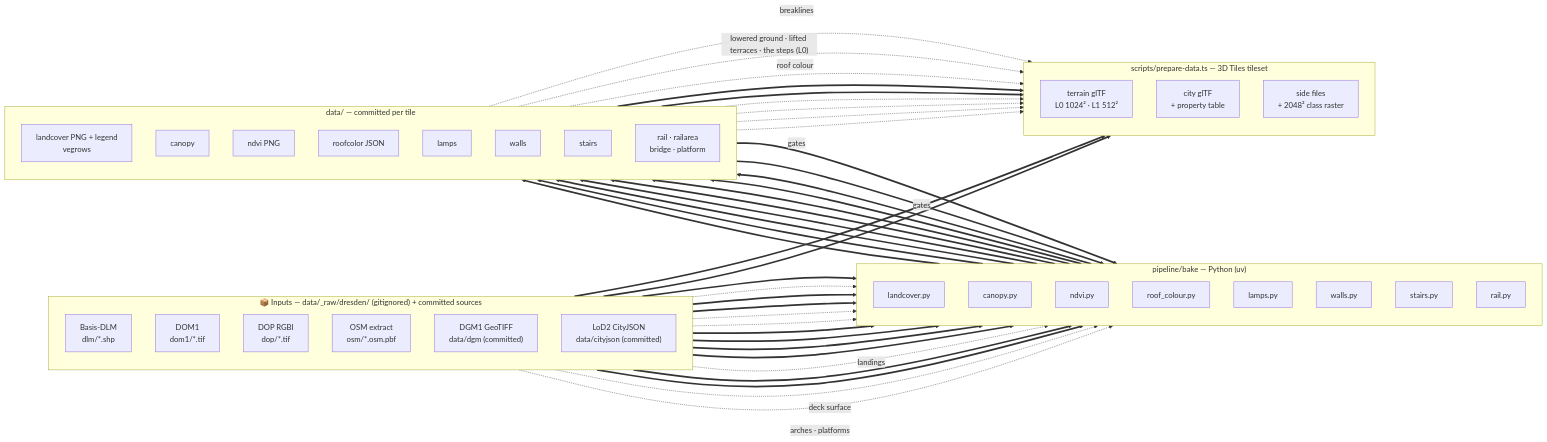
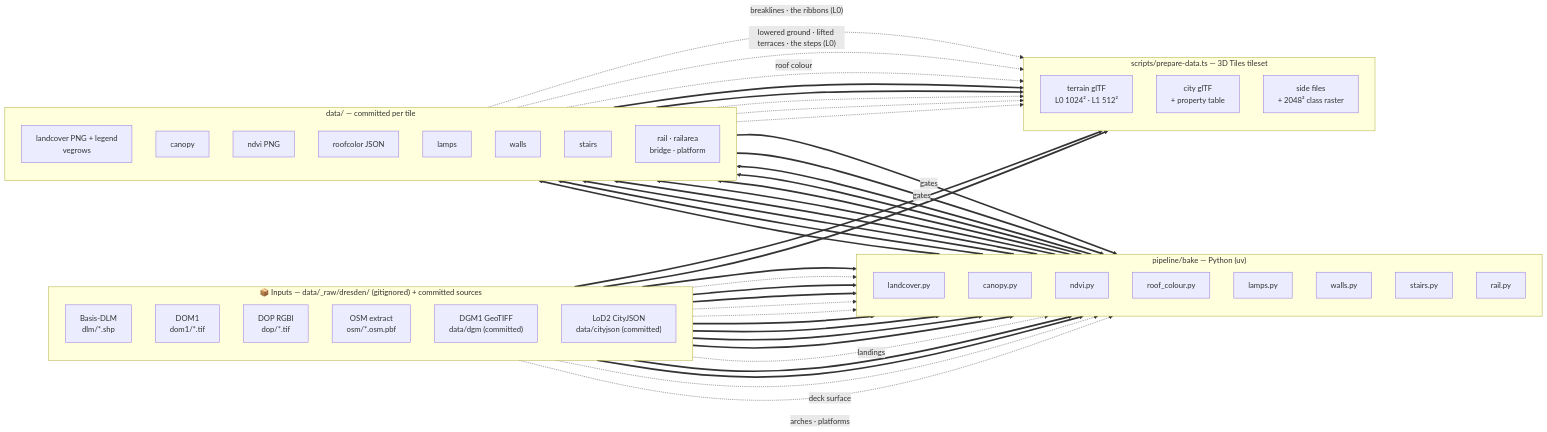
Before and after one commit to mdugue/bridge: the second of 2 diagrams in docs/data-flow.md, drawn with Mermaid. The commit also changed other lines of this file and 28 other files, not shown here.

First line of the commit message:
refactor(walls): bake the wall ribbons into the fine terrain glTF

````diff
--- a/docs/data-flow.md
+++ b/docs/data-flow.md
@@ -153,76 +153,75 @@
 ```mermaid
 flowchart LR
   subgraph IN["📦 Inputs — data/_raw/dresden/ (gitignored) + committed sources"]
     direction TB
     iDLM["Basis-DLM<br/>dlm/*.shp"]
     iDOM["DOM1<br/>dom1/*.tif"]
     iDOP["DOP RGBI<br/>dop/*.tif"]
     iOSM["OSM extract<br/>osm/*.osm.pbf"]
     iDGM["DGM1 GeoTIFF<br/>data/dgm (committed)"]
     iCJ["LoD2 CityJSON<br/>data/cityjson (committed)"]
   end
 
   subgraph PY["pipeline/bake — Python (uv)"]
     direction TB
     bLC["landcover.py"]
     bCAN["canopy.py"]
     bNDVI["ndvi.py"]
     bROOF["roof_colour.py"]
     bLAMP["lamps.py"]
     bWALL["walls.py"]
     bSTR["stairs.py"]
     bRAIL["rail.py"]
   end
 
   subgraph DATA["data/ — committed per tile"]
     direction TB
     dCLS["landcover PNG + legend<br/>vegrows"]
     dCAN["canopy"]
     dNDVI["ndvi PNG"]
     dROOF["roofcolor JSON"]
     dLAMP["lamps"]
     dWALL["walls"]
     dSTR["stairs"]
     dRAIL["rail · railarea<br/>bridge · platform"]
   end
 
   subgraph TS["scripts/prepare-data.ts — 3D Tiles tileset"]
     direction TB
     tTER["terrain glTF<br/>L0 1024² · L1 512²"]
     tCITY["city glTF<br/>+ property table"]
     tSIDE["side files<br/>+ 2048² class raster"]
   end
 
   iDLM ==> bLC ==> dCLS
   iDOM -.-> bCAN
   iDGM ==> bCAN
   iDLM ==> bCAN
   dCLS ==>|gates| bCAN
   bCAN ==> dCAN
   iDOP -.-> bNDVI ==> dNDVI
   iDOP -.-> bROOF
   iCJ ==> bROOF ==> dROOF
   iOSM ==> bLAMP
   dCLS ==>|gates| bLAMP
   bLAMP ==> dLAMP
   iOSM ==> bWALL ==> dWALL
   iOSM ==> bSTR ==> dSTR
   iDGM -. "landings" .-> bSTR
   iDLM ==> bRAIL
   iDGM ==> bRAIL
   iDOM -. "deck surface" .-> bRAIL
   iOSM -. "arches · platforms" .-> bRAIL
   bRAIL ==> dRAIL
 
   iDGM ==> tTER
-  dWALL -. breaklines .-> tTER
+  dWALL -. "breaklines · the ribbons (L0)" .-> tTER
   dSTR -. "lowered ground · lifted terraces · the steps (L0)" .-> tTER
   iCJ ==> tCITY
   dROOF -. "roof colour" .-> tCITY
   dCLS ==> tSIDE
   dCAN ==> tSIDE
   dNDVI -.-> tSIDE
   dLAMP -.-> tSIDE
-  dWALL -.-> tSIDE
   dRAIL -.-> tSIDE
 ```
````
